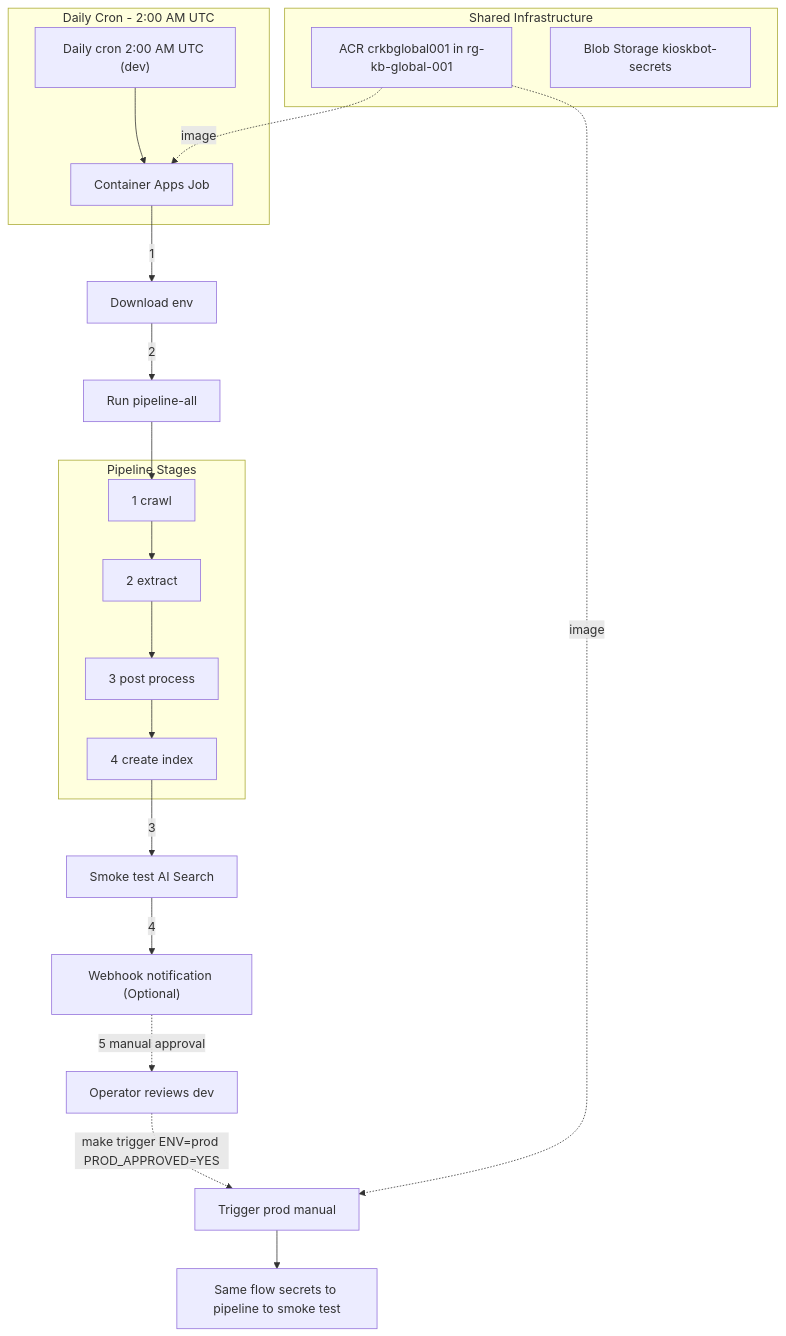
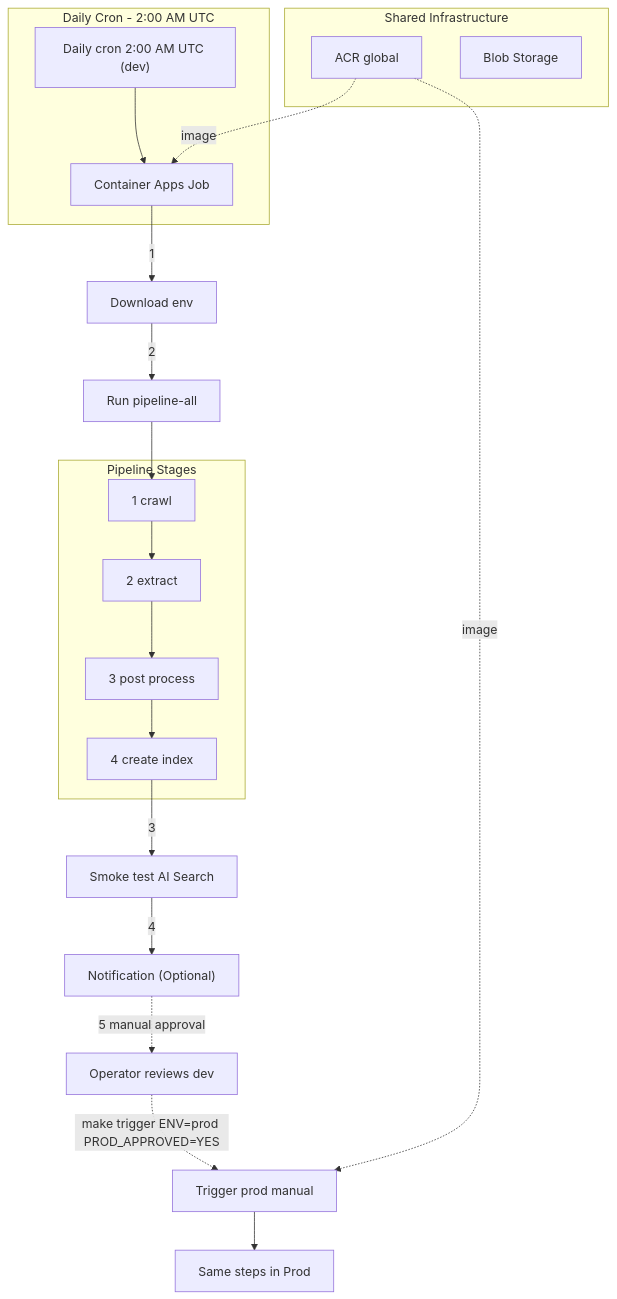
The diagram in README.MD (dsl-unibe-ch/dsl_bot_etl), drawn with Mermaid before and after one commit. The commit also changed other lines of this file and 1 other file, not shown here.

````diff
--- a/README.MD
+++ b/README.MD
@@ -9,34 +9,34 @@
 ```mermaid
 flowchart TD
   subgraph daily [Daily Cron - 2:00 AM UTC]
     DevTrigger["Daily cron 2:00 AM UTC (dev)"]
     DevJob["Container Apps Job"]
     DevTrigger --> DevJob
   end
 
   DevJob -->|1| Secrets["Download env"]
   Secrets -->|2| Pipeline["Run pipeline-all"]
 
   subgraph etlPipeline [Pipeline Stages]
     Crawl["1 crawl"]
     Extract["2 extract"]
     PostProcess["3 post process"]
     Index["4 create index"]
     Crawl --> Extract --> PostProcess --> Index
   end
 
   Pipeline --> Crawl
   Index -->|3| SmokeTest["Smoke test AI Search"]
-  SmokeTest -->|4| Notify["Webhook notification (Optional)"]
+  SmokeTest -->|4| Notify["Notification (Optional)"]
   Notify -.->|5 manual approval| Operator["Operator reviews dev"]
   Operator -.->|"make trigger ENV=prod PROD_APPROVED=YES"| ProdJob["Trigger prod manual"]
-  ProdJob --> ProdPipeline["Same flow secrets to pipeline to smoke test"]
+  ProdJob --> ProdPipeline["Same steps in Prod"]
 
   subgraph shared [Shared Infrastructure]
-    ACR["ACR crkbglobal001 in rg-kb-global-001"]
-    BlobStorage["Blob Storage kioskbot-secrets"]
+    ACR["ACR global"]
+    BlobStorage["Blob Storage"]
   end
 
   ACR -.->|image| DevJob
   ACR -.->|image| ProdJob
 ```
````
